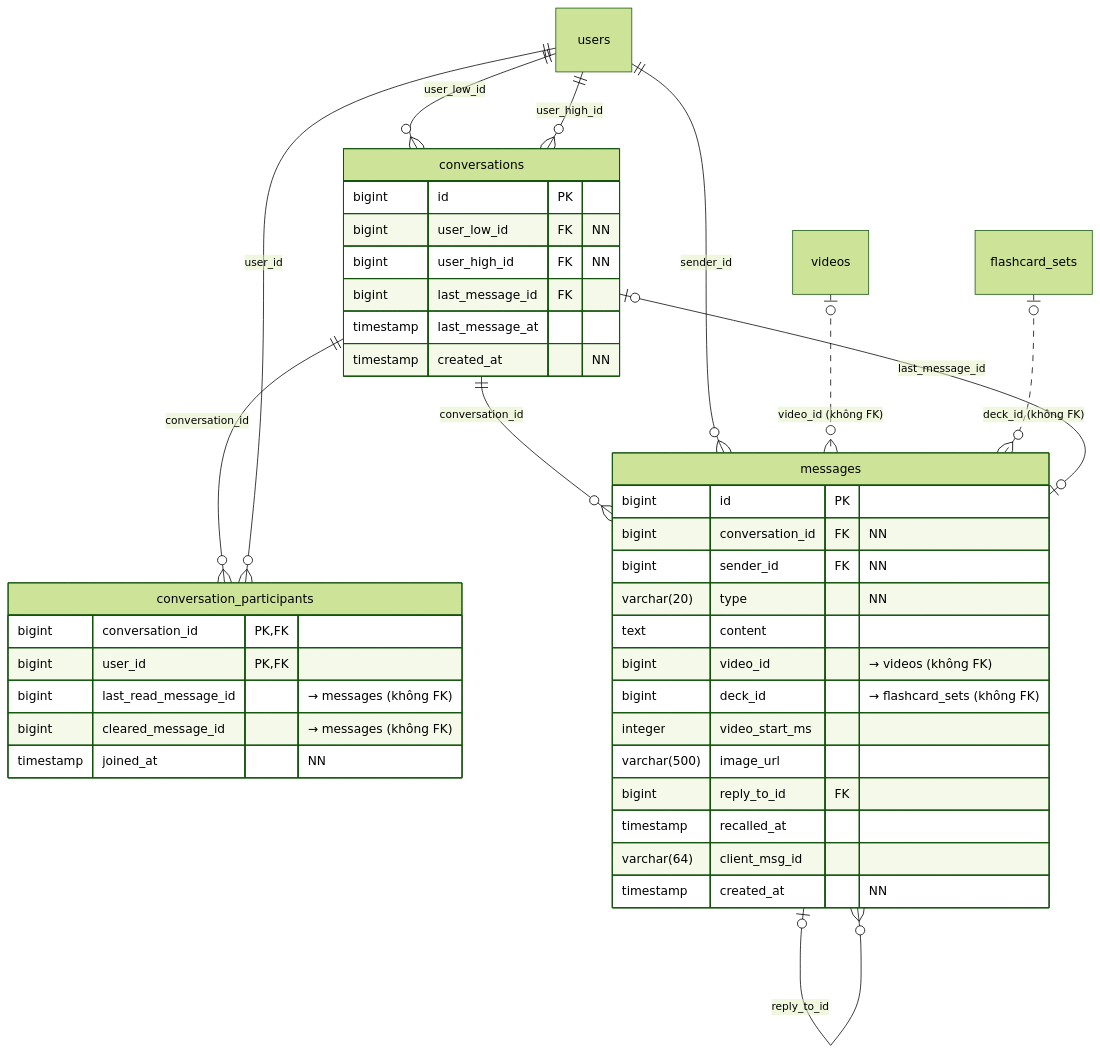
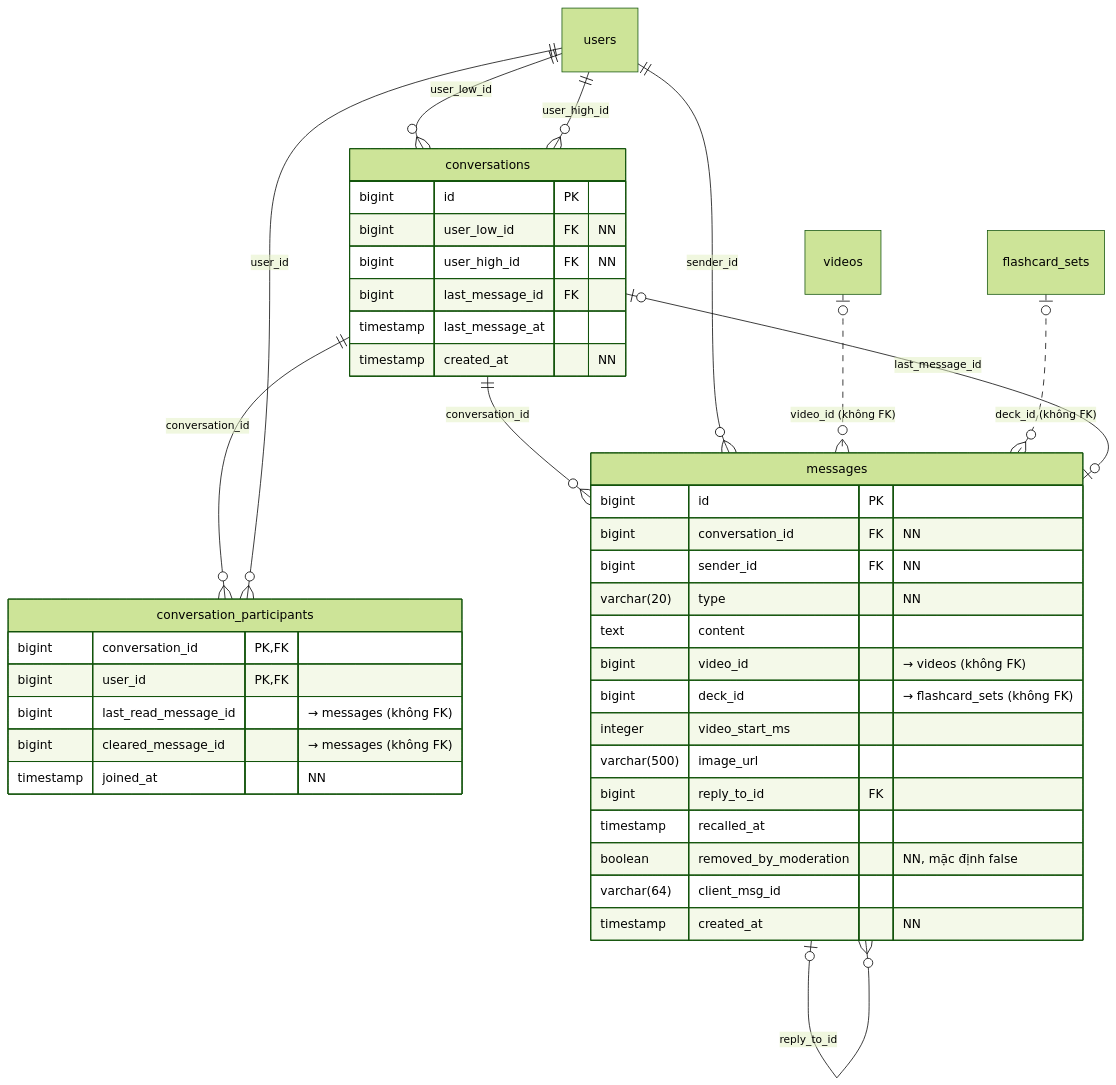
One commit to loccol9696/Japanese-Learning-Social-Platform changed diagram 19 of 21 in docs/erd/README.md. Above: the diagram before and after it, drawn with Mermaid (forest theme). The commit also changed other lines of this file, not shown here.

Commit message:
docs(erd): cập nhật bảng và enum cho báo cáo, khóa tài khoản, thông báo

````diff
--- a/docs/erd/README.md
+++ b/docs/erd/README.md
@@ -941,43 +950,44 @@
 ```mermaid
 erDiagram
     conversations {
         bigint id PK
         bigint user_low_id FK "NN"
         bigint user_high_id FK "NN"
         bigint last_message_id FK
         timestamp last_message_at
         timestamp created_at "NN"
     }
     conversation_participants {
         bigint conversation_id PK, FK
         bigint user_id PK, FK
         bigint last_read_message_id "→ messages (không FK)"
         bigint cleared_message_id "→ messages (không FK)"
         timestamp joined_at "NN"
     }
     messages {
         bigint id PK
         bigint conversation_id FK "NN"
         bigint sender_id FK "NN"
         varchar(20) type "NN"
         text content
         bigint video_id "→ videos (không FK)"
         bigint deck_id "→ flashcard_sets (không FK)"
         integer video_start_ms
         varchar(500) image_url
         bigint reply_to_id FK
         timestamp recalled_at
+        boolean removed_by_moderation "NN, mặc định false"
         varchar(64) client_msg_id
         timestamp created_at "NN"
     }
     users ||--o{ conversations : user_low_id
     users ||--o{ conversations : user_high_id
     conversations ||--o{ messages : conversation_id
     users ||--o{ messages : sender_id
     messages |o--o{ messages : reply_to_id
     messages |o--o| conversations : last_message_id
     conversations ||--o{ conversation_participants : conversation_id
     users ||--o{ conversation_participants : user_id
     videos |o..o{ messages : "video_id (không FK)"
     flashcard_sets |o..o{ messages : "deck_id (không FK)"
 ```
````
